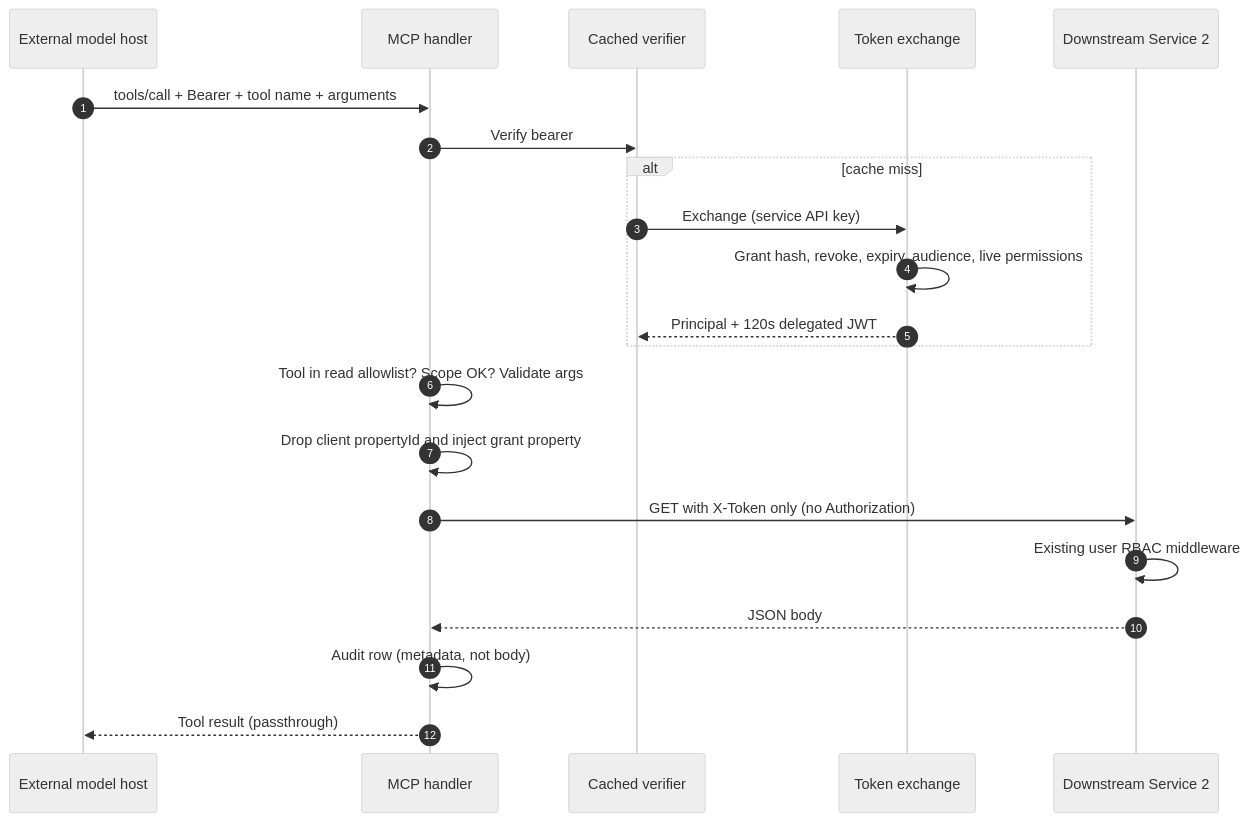
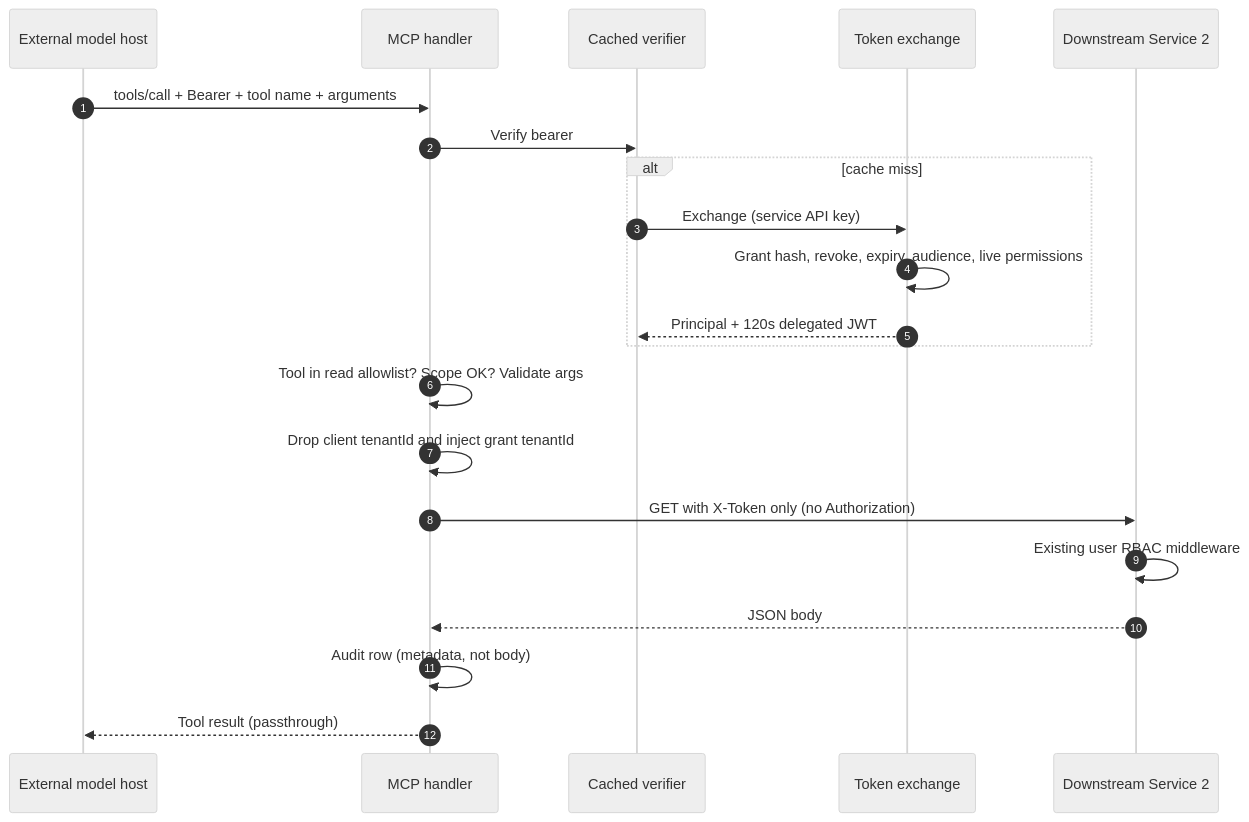
One commit to sahsisunny/Personal-Portfolio changed the fifth of 10 diagrams in content/blog/hotel-pms-mcp-tool-server.mdx. Above: the diagram before and after it, drawn with Mermaid (neutral theme). The commit also changed other lines of this file and 7 other files, not shown here.

````diff
--- a/content/blog/hotel-pms-mcp-tool-server.mdx
+++ b/content/blog/hotel-pms-mcp-tool-server.mdx
@@ -178,24 +181,24 @@
 ```mermaid
 sequenceDiagram
   autonumber
   participant Client as External model host
   participant MCP as MCP handler
   participant Verifier as Cached verifier
   participant Auth as Token exchange
   participant API as Downstream Service 2
 
   Client->>MCP: tools/call + Bearer + tool name + arguments
   MCP->>Verifier: Verify bearer
   alt cache miss
     Verifier->>Auth: Exchange (service API key)
     Auth->>Auth: Grant hash, revoke, expiry, audience, live permissions
     Auth-->>Verifier: Principal + 120s delegated JWT
   end
   MCP->>MCP: Tool in read allowlist? Scope OK? Validate args
-  MCP->>MCP: Drop client propertyId and inject grant property
+  MCP->>MCP: Drop client tenantId and inject grant tenantId
   MCP->>API: GET with X-Token only (no Authorization)
   API->>API: Existing user RBAC middleware
   API-->>MCP: JSON body
   MCP->>MCP: Audit row (metadata, not body)
   MCP-->>Client: Tool result (passthrough)
 ```
````
